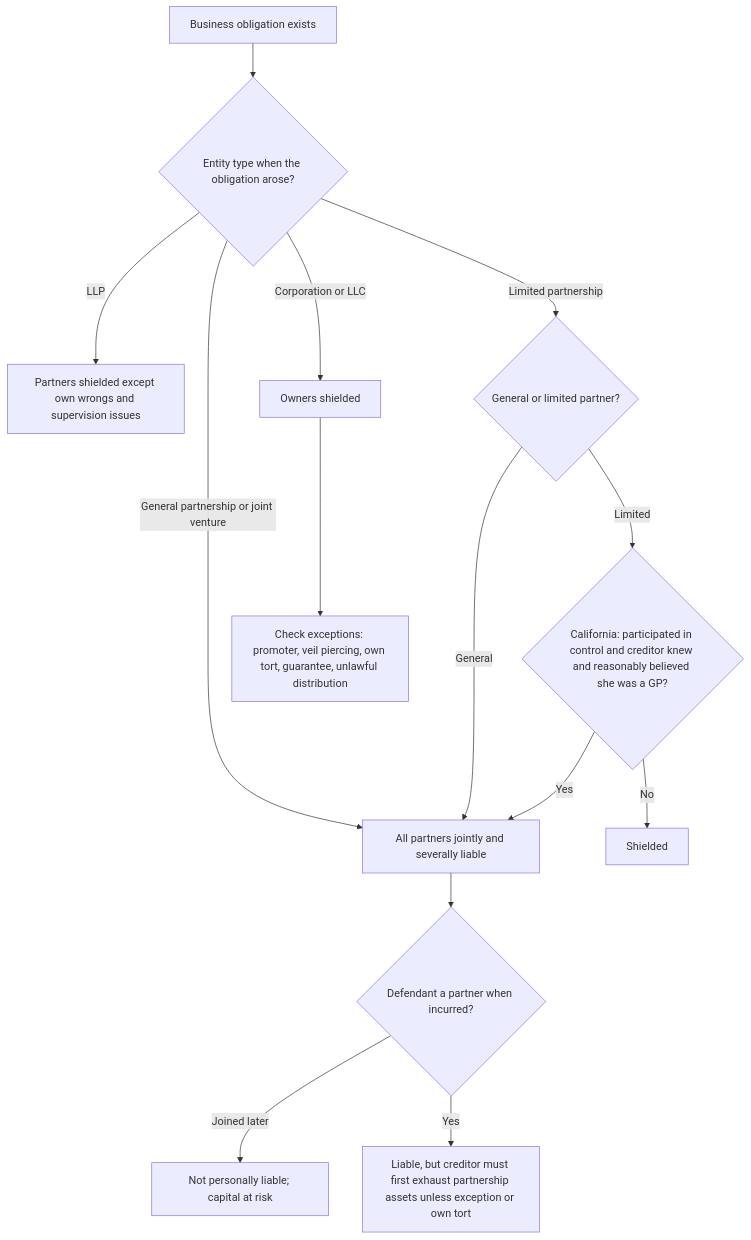
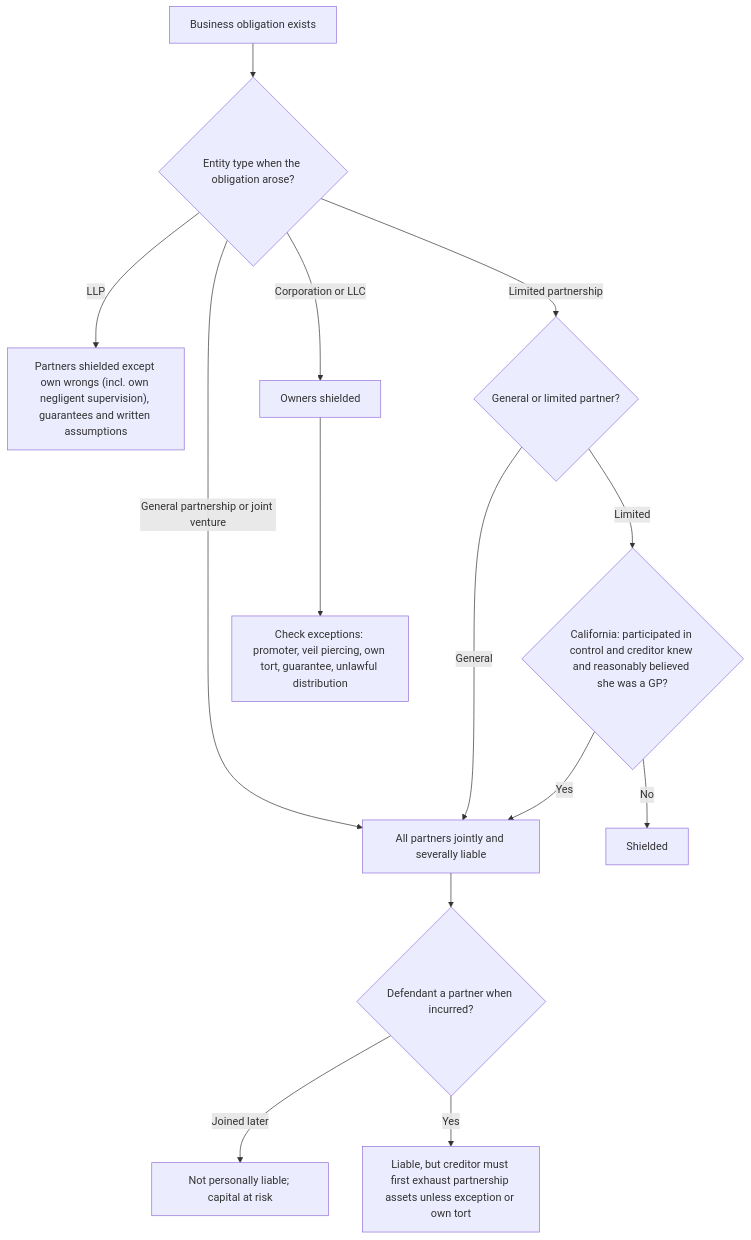
One commit to FrankHuang94/ca-bar-prep-claude changed the fourth of 10 diagrams in 03-subjects/business-associations/flowcharts.md. Above: the diagram before and after it, drawn with Mermaid. The commit also changed other lines of this file and 13 other files, not shown here.

````diff
--- a/03-subjects/business-associations/flowcharts.md
+++ b/03-subjects/business-associations/flowcharts.md
@@ -84,16 +84,16 @@
 ```mermaid
 flowchart TD
     A["Business obligation exists"] --> B{"Entity type when the obligation arose?"}
     B -->|General partnership or joint venture| C["All partners jointly and severally liable"]
     C --> C1{"Defendant a partner when incurred?"}
     C1 -->|Joined later| C2["Not personally liable; capital at risk"]
     C1 -->|Yes| C3["Liable, but creditor must first exhaust partnership assets unless exception or own tort"]
-    B -->|LLP| D["Partners shielded except own wrongs and supervision issues"]
+    B -->|LLP| D["Partners shielded except own wrongs (incl. own negligent supervision), guarantees and written assumptions"]
     B -->|Limited partnership| E{"General or limited partner?"}
     E -->|General| C
     E -->|Limited| E1{"California: participated in control and creditor knew and reasonably believed she was a GP?"}
     E1 -->|Yes| C
     E1 -->|No| SHIELD["Shielded"]
     B -->|Corporation or LLC| F["Owners shielded"]
     F --> G["Check exceptions: promoter, veil piercing, own tort, guarantee, unlawful distribution"]
 ```
````
